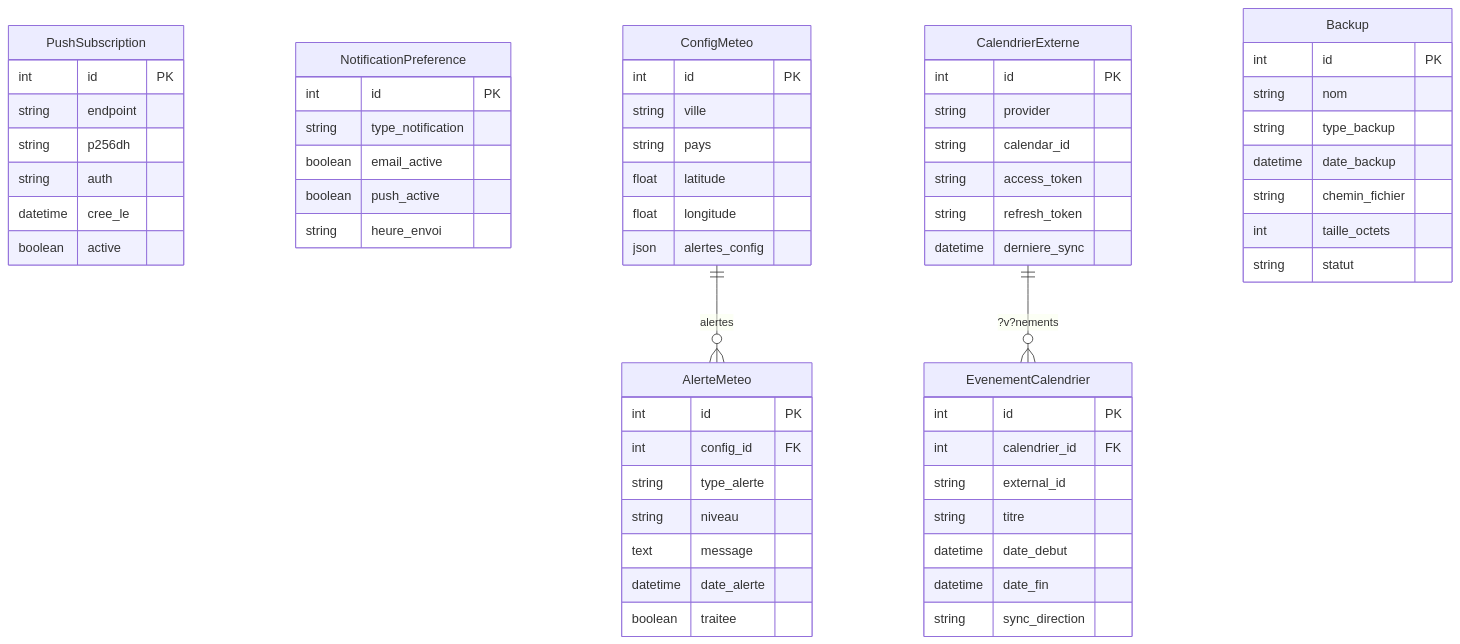
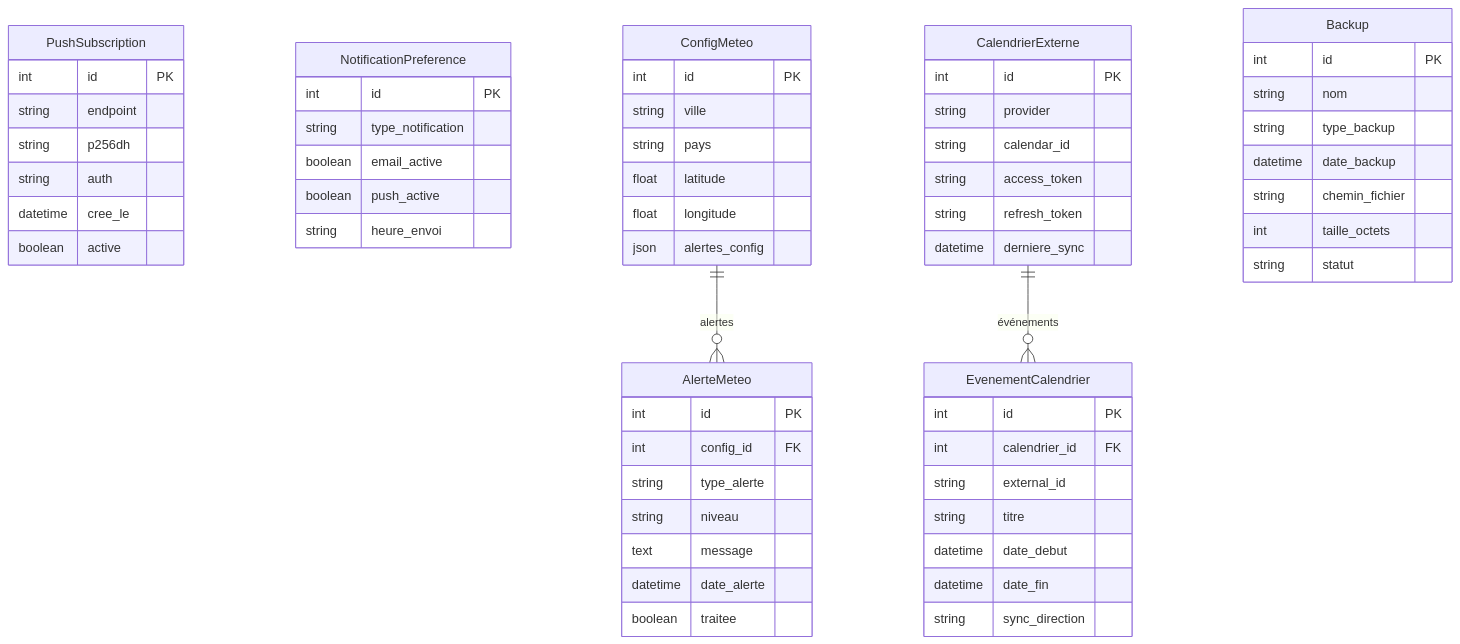
Before and after one commit to Trilian/assistant_matanne: the fourth of 5 diagrams in docs/ERD_SCHEMA.md, drawn with Mermaid. The commit also changed other lines of this file and 36 other files, not shown here.

````diff
--- a/docs/ERD_SCHEMA.md
+++ b/docs/ERD_SCHEMA.md
@@ -678,8 +678,8 @@
 ```mermaid
 erDiagram
-    %% ---------------------------------------------------
+    %% ═══════════════════════════════════════════════════
     %% NOTIFICATIONS
-    %% ---------------------------------------------------
+    %% ═══════════════════════════════════════════════════
 
     PushSubscription {
         int id PK
@@ -698,9 +698,9 @@
         string heure_envoi
     }
 
-    %% ---------------------------------------------------
-    %% M?T?O
-    %% ---------------------------------------------------
+    %% ═══════════════════════════════════════════════════
+    %% MÉTÉO
+    %% ═══════════════════════════════════════════════════
 
     ConfigMeteo {
         int id PK
@@ -723,9 +723,9 @@
 
     ConfigMeteo ||--o{ AlerteMeteo : "alertes"
 
-    %% ---------------------------------------------------
+    %% ═══════════════════════════════════════════════════
     %% CALENDRIER EXTERNE
-    %% ---------------------------------------------------
+    %% ═══════════════════════════════════════════════════
 
     CalendrierExterne {
         int id PK
@@ -746,11 +746,11 @@
         string sync_direction
     }
 
-    CalendrierExterne ||--o{ EvenementCalendrier : "?v?nements"
+    CalendrierExterne ||--o{ EvenementCalendrier : "événements"
 
-    %% ---------------------------------------------------
+    %% ═══════════════════════════════════════════════════
     %% BACKUP
-    %% ---------------------------------------------------
+    %% ═══════════════════════════════════════════════════
 
     Backup {
         int id PK
````
